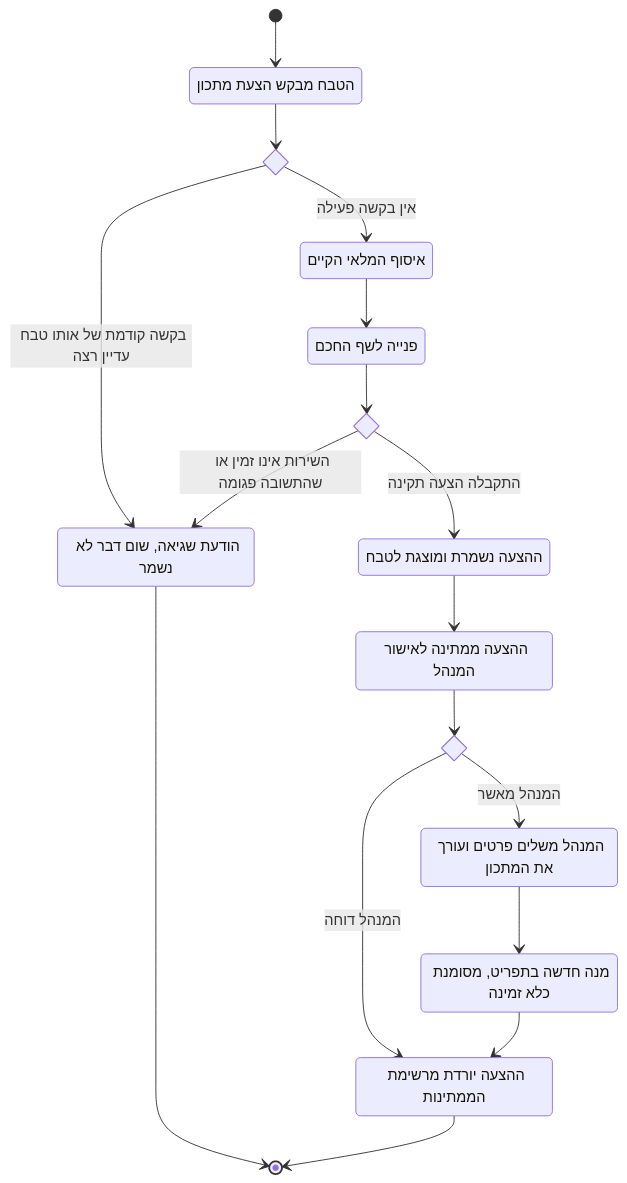
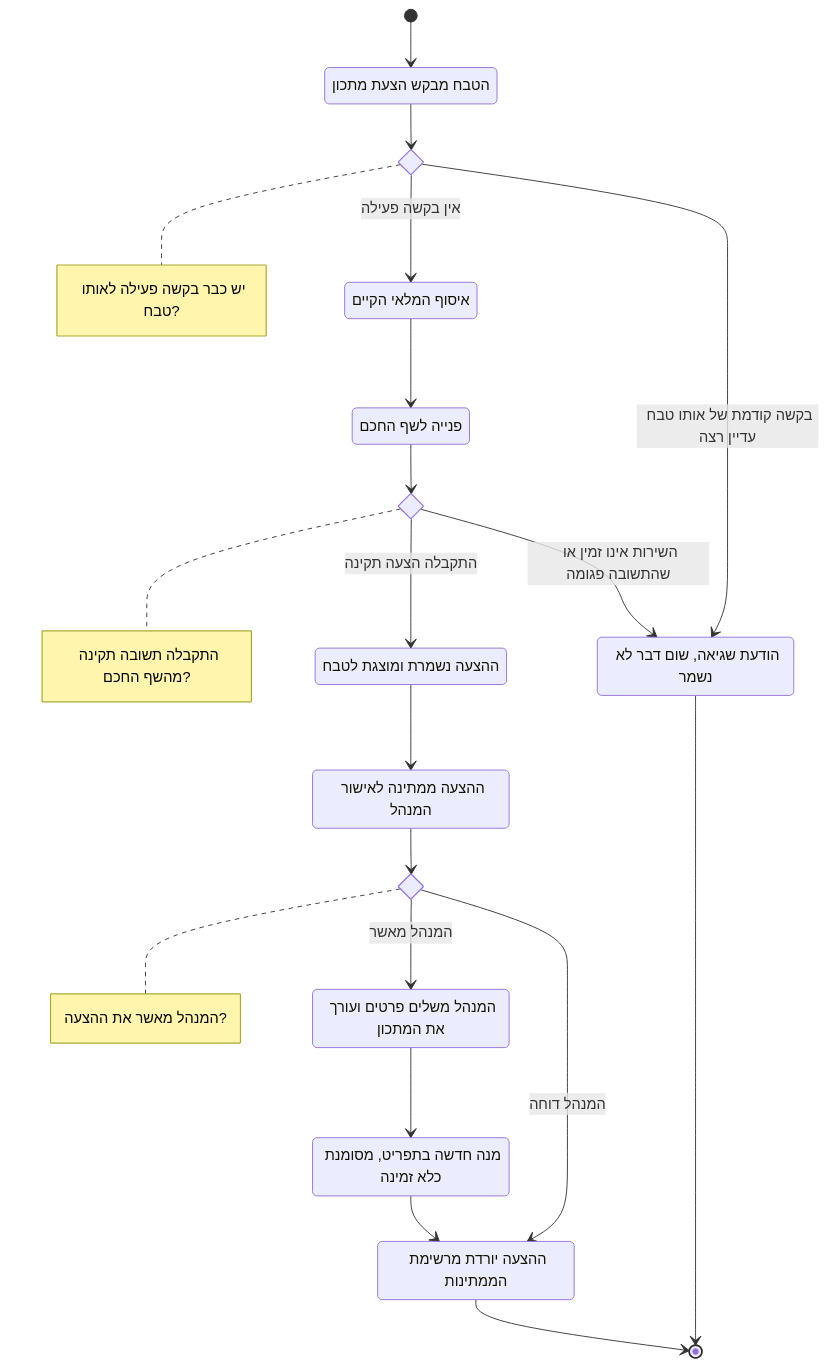
One commit to RonZaretsky/Restaurant-Kitchen-Management-System changed the diagram in מסמכים/הגשה/diagrams/activity-ai-suggestion.md. Above: the diagram before and after it, drawn with Mermaid. The commit also changed 6 other files, not shown here.

First line of the commit message:
Add a question note to every choice diamond in the Activity diagrams

````diff
--- a/מסמכים/הגשה/diagrams/activity-ai-suggestion.md
+++ b/מסמכים/הגשה/diagrams/activity-ai-suggestion.md
@@ -3,35 +3,39 @@
 ```mermaid
 stateDiagram-v2
     direction TB
 
     state "הטבח מבקש הצעת מתכון" as request
     state "איסוף המלאי הקיים" as collect
     state "פנייה לשף החכם" as call
     state "ההצעה נשמרת ומוצגת לטבח" as saved
     state "הודעת שגיאה, שום דבר לא נשמר" as failed
     state "ההצעה ממתינה לאישור המנהל" as pending
     state "המנהל משלים פרטים ועורך את המתכון" as review
     state "מנה חדשה בתפריט, מסומנת כלא זמינה" as dish
     state "ההצעה יורדת מרשימת הממתינות" as removed
 
     state busy <<choice>>
     state ok <<choice>>
     state decide <<choice>>
 
+    note right of busy : יש כבר בקשה פעילה לאותו טבח?
+    note right of ok : התקבלה תשובה תקינה מהשף החכם?
+    note right of decide : המנהל מאשר את ההצעה?
+
     [*] --> request
     request --> busy
     busy --> failed : בקשה קודמת של אותו טבח עדיין רצה
     busy --> collect : אין בקשה פעילה
     collect --> call
     call --> ok
     ok --> failed : השירות אינו זמין או שהתשובה פגומה
     ok --> saved : התקבלה הצעה תקינה
     failed --> [*]
     saved --> pending
     pending --> decide
     decide --> review : המנהל מאשר
     decide --> removed : המנהל דוחה
     review --> dish
     dish --> removed
     removed --> [*]
 ```
````
